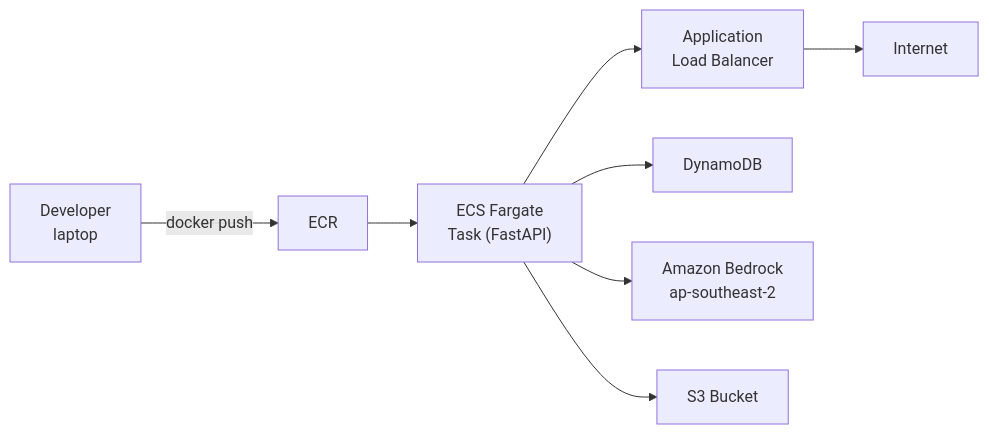
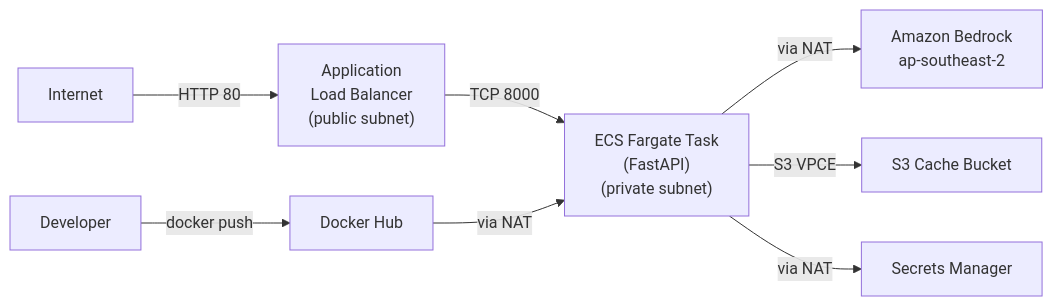
Before and after one commit to KhaiND1221/FCAJ-intership-report: the diagram in content/workshop/4.8-Verify-Setup/index.en.md, drawn with Mermaid. The commit also changed other lines of this file and 57 other files, not shown here.

````diff
--- a/content/workshop/4.8-Verify-Setup/index.en.md
+++ b/content/workshop/4.8-Verify-Setup/index.en.md
@@ -7,10 +7,10 @@
 ```mermaid
 graph LR
-  Dev["Developer<br/>laptop"] -->|docker push| ECR
-  ECR --> Task["ECS Fargate<br/>Task (FastAPI)"]
-  Task --> ALB["Application<br/>Load Balancer"]
-  ALB --> Internet
-  Task --> DDB["DynamoDB"]
-  Task --> Bedrock["Amazon Bedrock<br/>ap-southeast-2"]
-  Task --> S3["S3 Bucket"]
+  Internet -->|HTTP 80| ALB["Application\nLoad Balancer\n(public subnet)"]
+  ALB -->|TCP 8000| Task["ECS Fargate Task\n(FastAPI)\n(private subnet)"]
+  Task -->|via NAT| Bedrock["Amazon Bedrock\nap-southeast-2"]
+  Task -->|S3 VPCE| S3["S3 Cache Bucket"]
+  Task -->|via NAT| SecretsManager["Secrets Manager"]
+  Dev["Developer"] -->|docker push| DockerHub["Docker Hub"]
+  DockerHub -->|via NAT| Task
 ```
````
